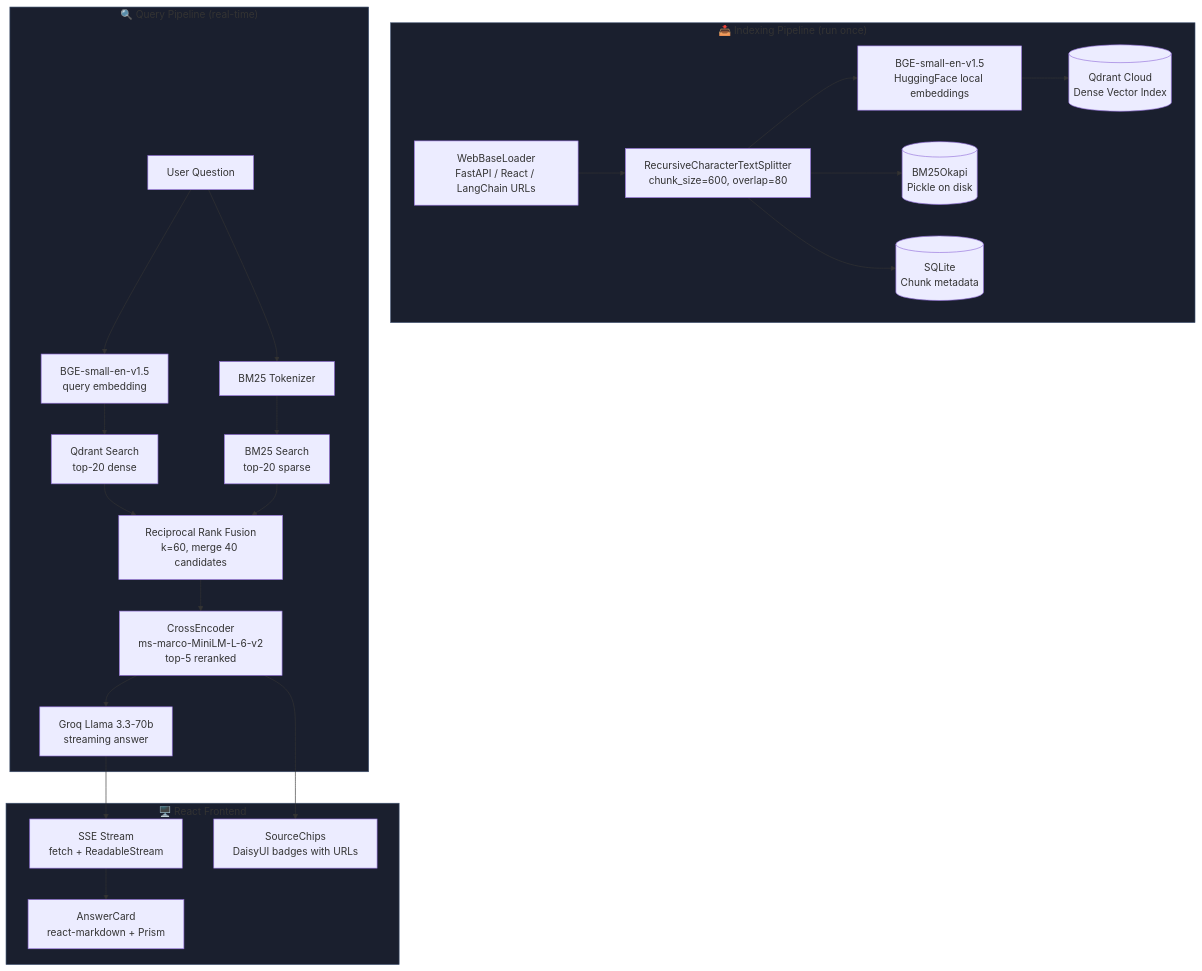
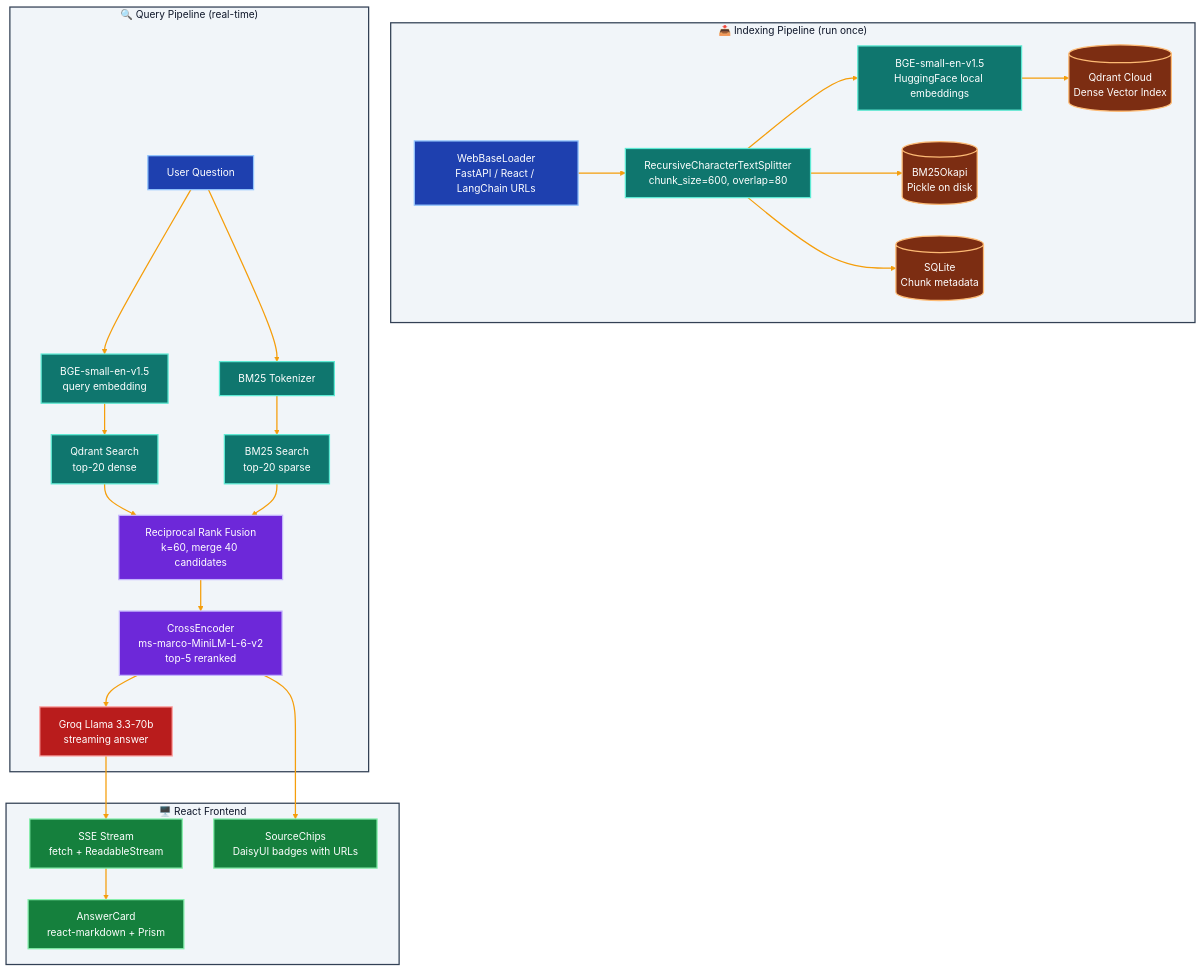
The diagram in README.md (masudpervez27/stackbot-docs-rag), drawn with Mermaid before and after one commit.

Commit message:
update mermaid diagram

````diff
--- a/README.md
+++ b/README.md
@@ -29,31 +29,47 @@
 ```mermaid
 flowchart TD
     subgraph Indexing["📥 Indexing Pipeline (run once)"]
         A[WebBaseLoader\nFastAPI / React / LangChain URLs] --> B[RecursiveCharacterTextSplitter\nchunk_size=600, overlap=80]
         B --> C[BGE-small-en-v1.5\nHuggingFace local embeddings]
         C --> D[(Qdrant Cloud\nDense Vector Index)]
         B --> E[(BM25Okapi\nPickle on disk)]
         B --> F[(SQLite\nChunk metadata)]
     end
 
     subgraph Query["🔍 Query Pipeline (real-time)"]
         Q[User Question] --> G[BGE-small-en-v1.5\nquery embedding]
         Q --> H[BM25 Tokenizer]
         G --> I[Qdrant Search\ntop-20 dense]
         H --> J[BM25 Search\ntop-20 sparse]
         I --> K[Reciprocal Rank Fusion\nk=60, merge 40 candidates]
         J --> K
         K --> L[CrossEncoder\nms-marco-MiniLM-L-6-v2\ntop-5 reranked]
         L --> M[Groq Llama 3.3-70b\nstreaming answer]
     end
 
     subgraph Frontend["🖥️ React Frontend"]
         M --> N[SSE Stream\nfetch + ReadableStream]
         N --> O[AnswerCard\nreact-markdown + Prism]
         L --> P[SourceChips\nDaisyUI badges with URLs]
     end
 
-    style Indexing fill:#1a1f2e,stroke:#3d4f6e
-    style Query fill:#1a1f2e,stroke:#3d4f6e
-    style Frontend fill:#1a1f2e,stroke:#3d4f6e
+    classDef source fill:#1e40af,stroke:#93c5fd,stroke-width:2px,color:#ffffff
+    classDef process fill:#0f766e,stroke:#5eead4,stroke-width:2px,color:#ffffff
+    classDef store fill:#7c2d12,stroke:#fdba74,stroke-width:2px,color:#ffffff
+    classDef rank fill:#6d28d9,stroke:#c4b5fd,stroke-width:2px,color:#ffffff
+    classDef llm fill:#b91c1c,stroke:#fca5a5,stroke-width:2px,color:#ffffff
+    classDef ui fill:#15803d,stroke:#86efac,stroke-width:2px,color:#ffffff
+
+    class A,Q source
+    class B,C,G,H,I,J process
+    class D,E,F store
+    class K,L rank
+    class M llm
+    class N,O,P ui
+
+    style Indexing fill:#f1f5f9,stroke:#334155,stroke-width:2px,color:#0f172a
+    style Query fill:#f1f5f9,stroke:#334155,stroke-width:2px,color:#0f172a
+    style Frontend fill:#f1f5f9,stroke:#334155,stroke-width:2px,color:#0f172a
+
+    linkStyle default stroke:#f59e0b,stroke-width:2px
 ```
````
